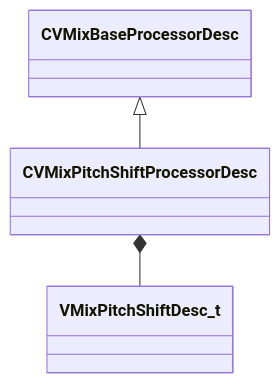
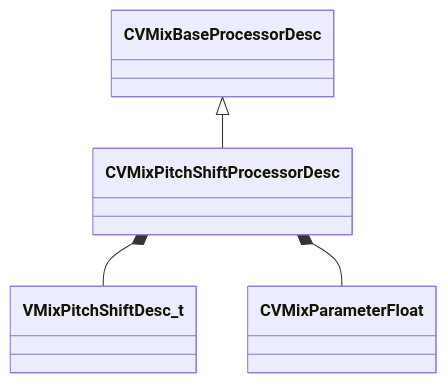
Before and after one commit to CS2OpenDev/CS2OpenDev-Docs: the diagram in docs/generated/schemas/soundsystem_lowlevel/CVMixPitchShiftProcessorDesc.md, drawn with Mermaid. The commit also changed other lines of this file and 4654 other files, not shown here.

Commit message:
docs: regenerate for SchemaTracker build 25947352 [skip ci]

````diff
--- a/docs/generated/schemas/soundsystem_lowlevel/CVMixPitchShiftProcessorDesc.md
+++ b/docs/generated/schemas/soundsystem_lowlevel/CVMixPitchShiftProcessorDesc.md
@@ -19,5 +19,6 @@
 ```mermaid
 classDiagram
     CVMixBaseProcessorDesc <|-- CVMixPitchShiftProcessorDesc
     CVMixPitchShiftProcessorDesc *-- VMixPitchShiftDesc_t
+    CVMixPitchShiftProcessorDesc *-- CVMixParameterFloat
 ```
````
